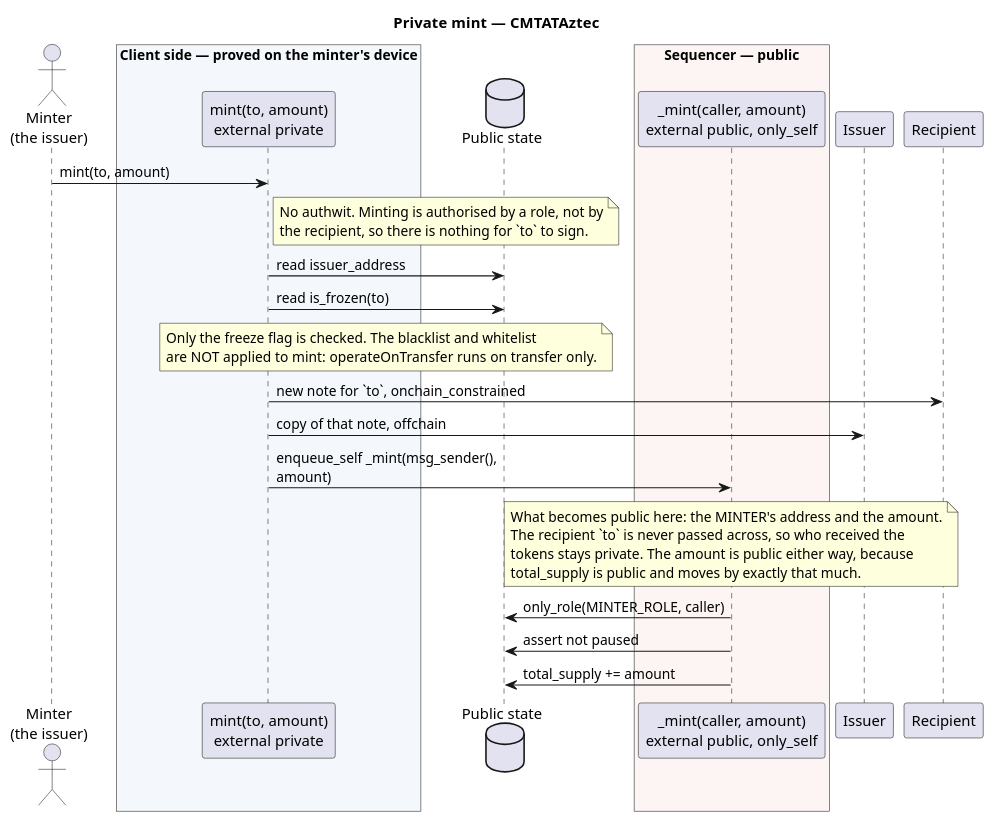
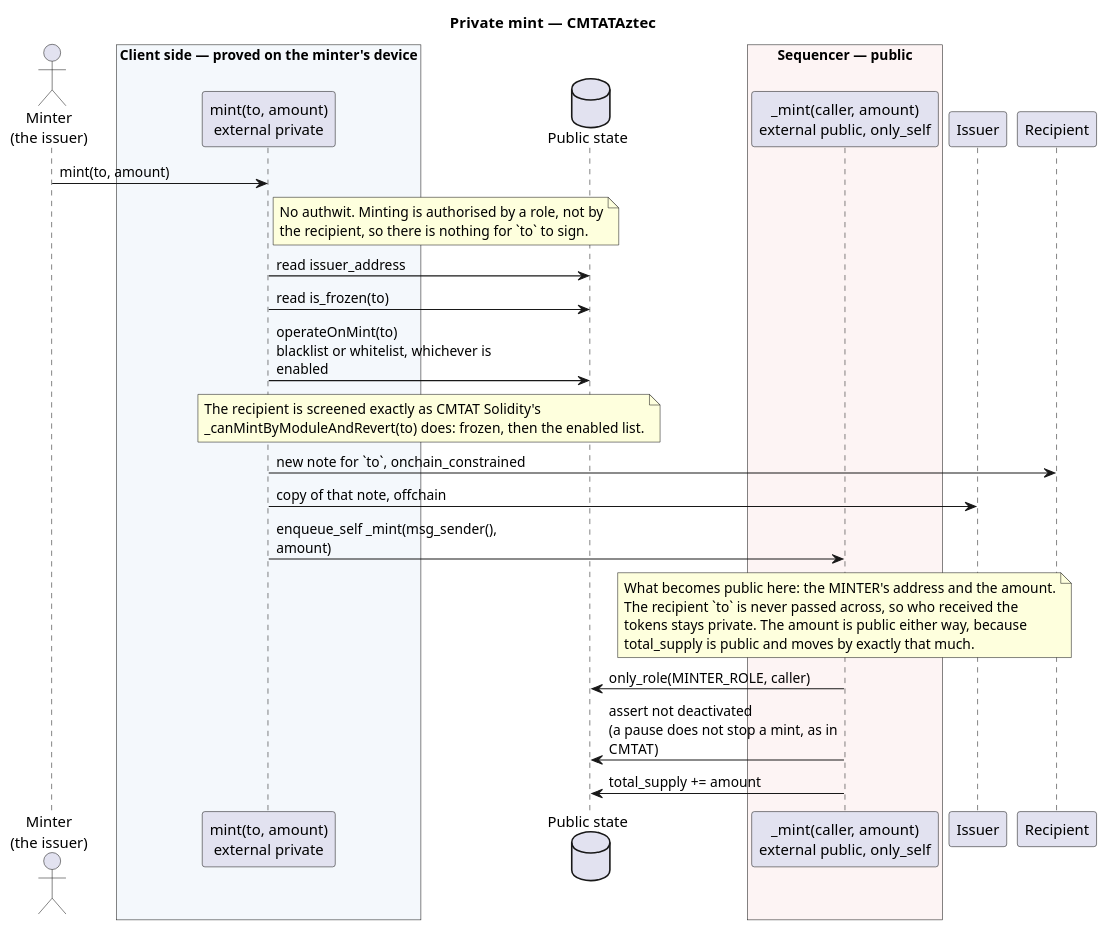
One commit to CMTA/private-CMTAT-aztec changed the diagram in doc/img/mint-flow.puml. Above: the diagram before and after it, drawn with PlantUML. The commit also changed 17 other files, not shown here.

Commit message:
feat: screen the target of mint and burn and let both continue through a pause, as CMTAT Solidity does

```diff
--- a/doc/img/mint-flow.puml
+++ b/doc/img/mint-flow.puml
@@ -1,45 +1,46 @@
 @startuml
 title Private mint — CMTATAztec
 
 skinparam sequenceMessageAlign left
 skinparam maxMessageSize 250
 
 actor "Minter\n(the issuer)" as Minter
 box "Client side — proved on the minter's device" #F4F8FC
 participant "mint(to, amount)\nexternal private" as Priv
 end box
 database "Public state" as PS
 box "Sequencer — public" #FDF4F4
 participant "_mint(caller, amount)\nexternal public, only_self" as Pub
 end box
 participant "Issuer" as Issuer
 participant "Recipient" as To
 
 Minter -> Priv : mint(to, amount)
 note right of Priv
   No authwit. Minting is authorised by a role, not by
   the recipient, so there is nothing for `to` to sign.
 end note
 
 Priv -> PS : read issuer_address
 Priv -> PS : read is_frozen(to)
+Priv -> PS : operateOnMint(to)\nblacklist or whitelist, whichever is enabled
 note over Priv, PS
-  Only the freeze flag is checked. The blacklist and whitelist
-  are NOT applied to mint: operateOnTransfer runs on transfer only.
+  The recipient is screened exactly as CMTAT Solidity's
+  _canMintByModuleAndRevert(to) does: frozen, then the enabled list.
 end note
 
 Priv -> To : new note for `to`, onchain_constrained
 Priv -> Issuer : copy of that note, offchain
 
 Priv -> Pub : enqueue_self _mint(msg_sender(), amount)
 note over Pub
   What becomes public here: the MINTER's address and the amount.
   The recipient `to` is never passed across, so who received the
   tokens stays private. The amount is public either way, because
   total_supply is public and moves by exactly that much.
 end note
 Pub -> PS : only_role(MINTER_ROLE, caller)
-Pub -> PS : assert not paused
+Pub -> PS : assert not deactivated\n(a pause does not stop a mint, as in CMTAT)
 Pub -> PS : total_supply += amount
 
 @enduml
```
